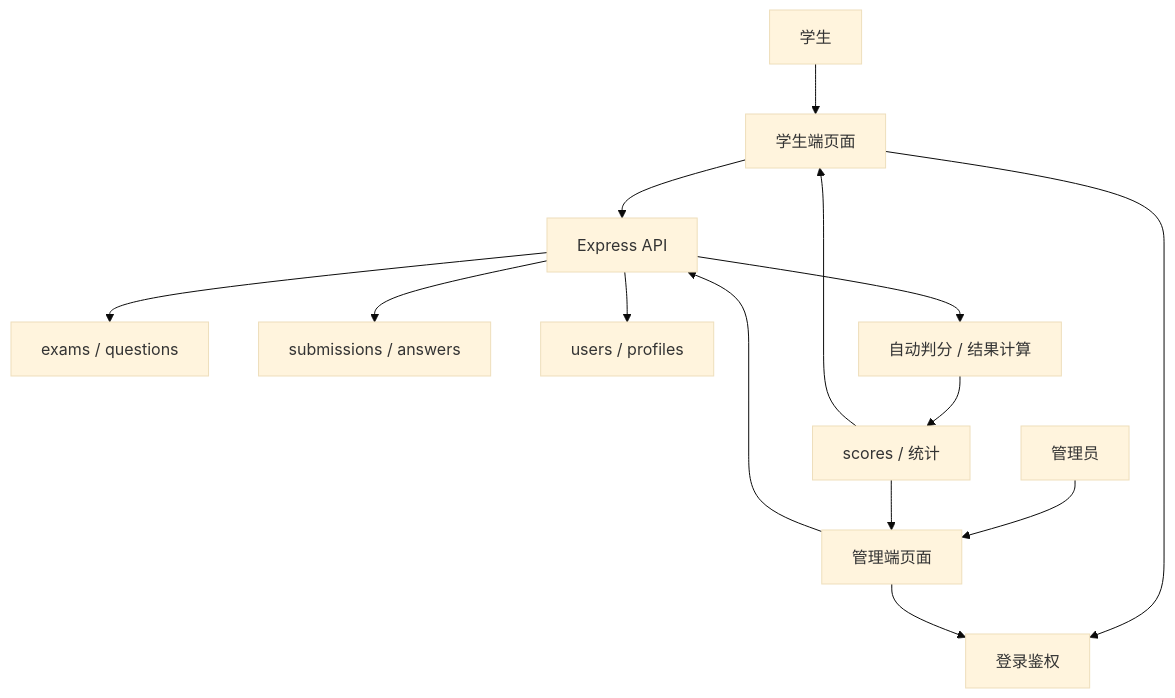
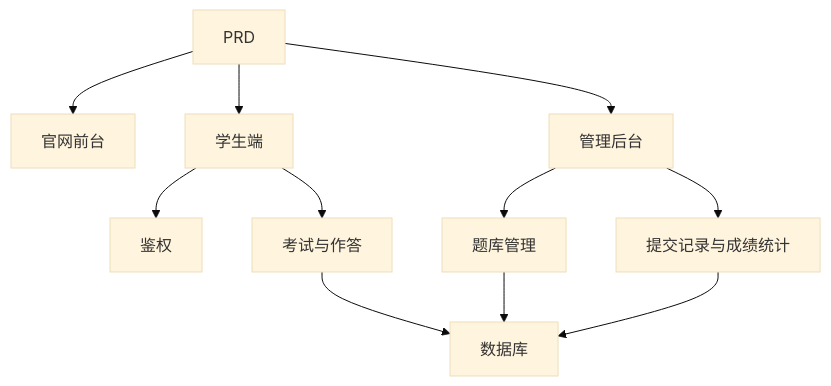
One commit to sketchymonk/easy-vibe changed the diagram in docs/zh-cn/stage-2/assignments/exam-management-express/index.md. Above: the diagram before and after it, drawn with Mermaid (base theme). The commit also changed other lines of this file and 18 other files, not shown here.

````diff
--- a/docs/zh-cn/stage-2/assignments/exam-management-express/index.md
+++ b/docs/zh-cn/stage-2/assignments/exam-management-express/index.md
@@ -49,16 +83,13 @@
 ```mermaid
 flowchart TD
-  student["学生"] --> studentPages["学生端页面"]
-  admin["管理员"] --> adminPages["管理端页面"]
-  studentPages --> auth["登录鉴权"]
-  adminPages --> auth
-  studentPages --> api["Express API"]
-  adminPages --> api
-  api --> exam["exams / questions"]
-  api --> submission["submissions / answers"]
-  api --> profile["users / profiles"]
-  api --> grading["自动判分 / 结果计算"]
-  grading --> score["scores / 统计"]
-  score --> studentPages
-  score --> adminPages
+  prd["PRD"] --> web["官网前台"]
+  prd --> student["学生端"]
+  prd --> admin["管理后台"]
+  student --> auth["鉴权"]
+  student --> exam["考试与作答"]
+  exam --> db["数据库"]
+  admin --> question["题库管理"]
+  admin --> submission["提交记录与成绩统计"]
+  question --> db
+  submission --> db
 ```
````
